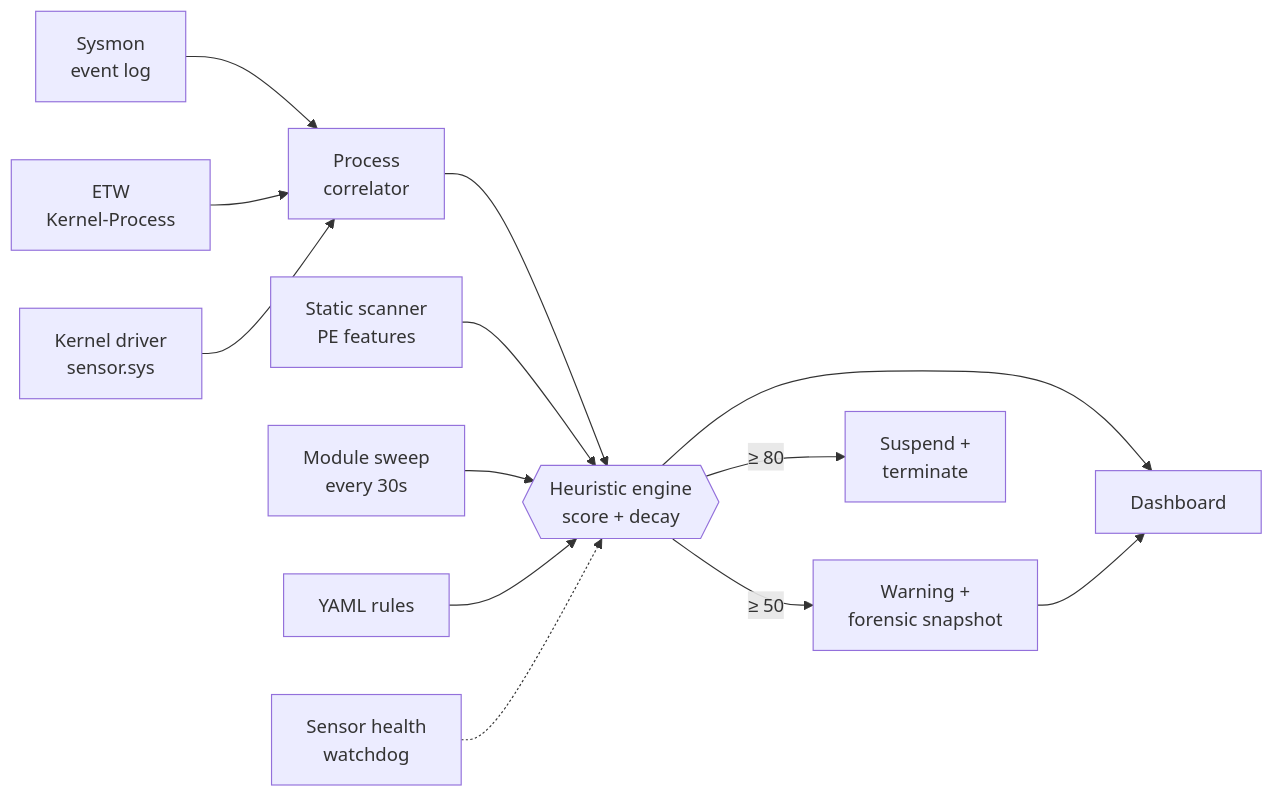
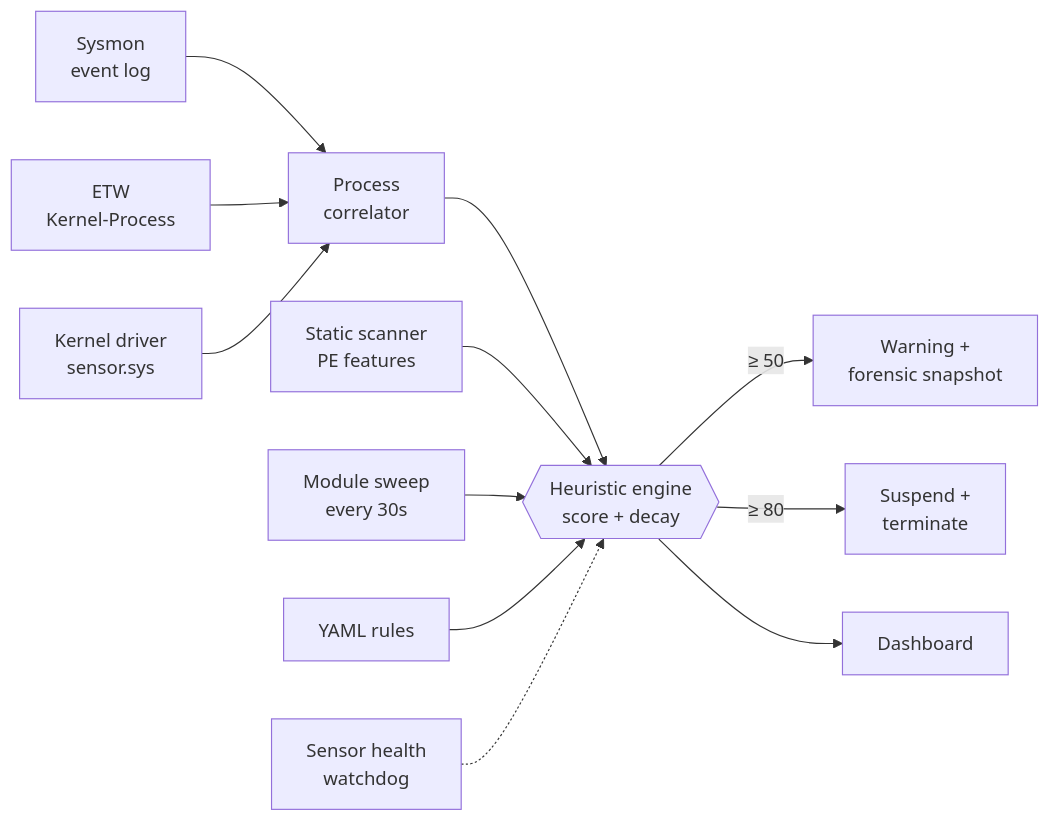
The diagram in README.md (praneet390/Trinetra), drawn with Mermaid before and after one commit. The commit also changed other lines of this file, not shown here.

````diff
--- a/README.md
+++ b/README.md
@@ -49,15 +34,14 @@
 ```mermaid
 flowchart LR
     S[Sysmon<br/>event log] --> C
     E[ETW<br/>Kernel-Process] --> C
     K[Kernel driver<br/>sensor.sys] --> C
     C[Process<br/>correlator] --> H
     P[Static scanner<br/>PE features] --> H
     M[Module sweep<br/>every 30s] --> H
     R[YAML rules] --> H
     H{{Heuristic engine<br/>score + decay}} -->|≥ 50| W[Warning +<br/>forensic snapshot]
     H -->|≥ 80| X[Suspend +<br/>terminate]
     H --> D[Dashboard]
-    W --> D
     HW[Sensor health<br/>watchdog] -.-> H
 ```
````
